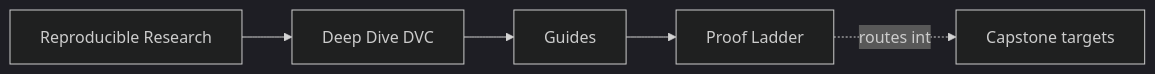
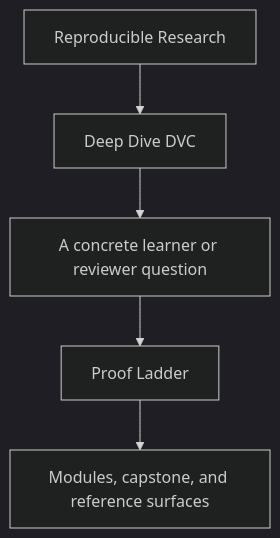
The first of 2 diagrams in programs/reproducible-research/deep-dive-dvc/course-book/guides/proof-ladder.md (bijux/bijux-masterclass), drawn with Mermaid (dark theme) before and after one commit. The commit also changed other lines of this file and 31 other files, not shown here.

Commit message:
docs(deep-dive-dvc): sharpen guide and reference diagrams

````diff
--- a/programs/reproducible-research/deep-dive-dvc/course-book/guides/proof-ladder.md
+++ b/programs/reproducible-research/deep-dive-dvc/course-book/guides/proof-ladder.md
@@ -9,11 +9,7 @@
 ```mermaid
-graph LR
-  family["Reproducible Research"]
-  program["Deep Dive DVC"]
-  section["Guides"]
-  page["Proof Ladder"]
-  capstone["Capstone targets"]
-
-  family --> program --> section --> page
-  page -.routes into.-> capstone
+flowchart TD
+  family["Reproducible Research"] --> program["Deep Dive DVC"]
+  program --> pressure["A concrete learner or reviewer question"]
+  pressure --> guide["Proof Ladder"]
+  guide --> next["Modules, capstone, and reference surfaces"]
 ```
````
